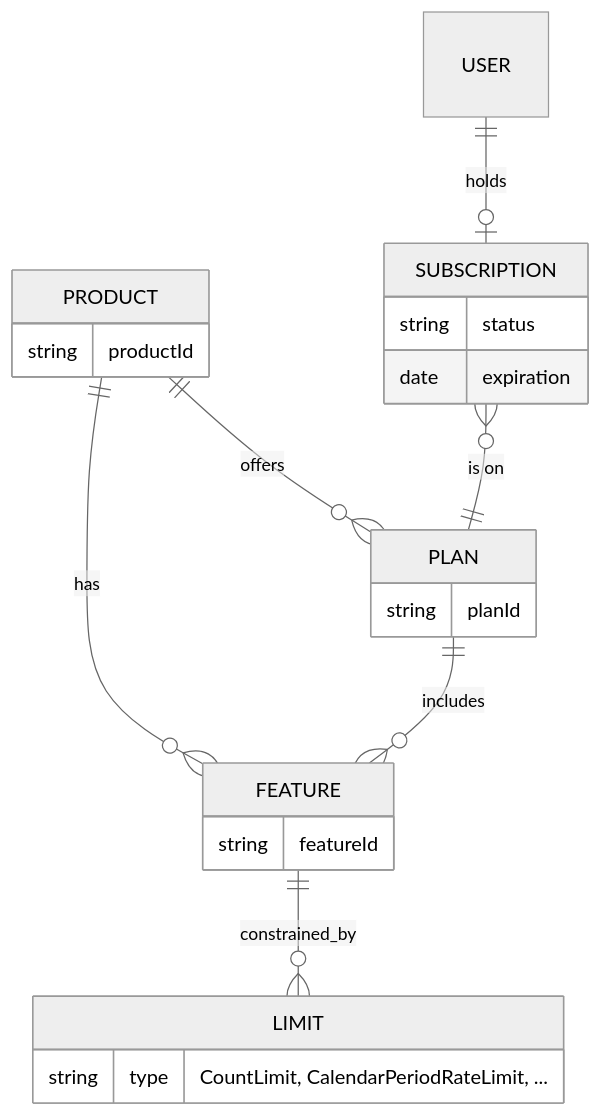
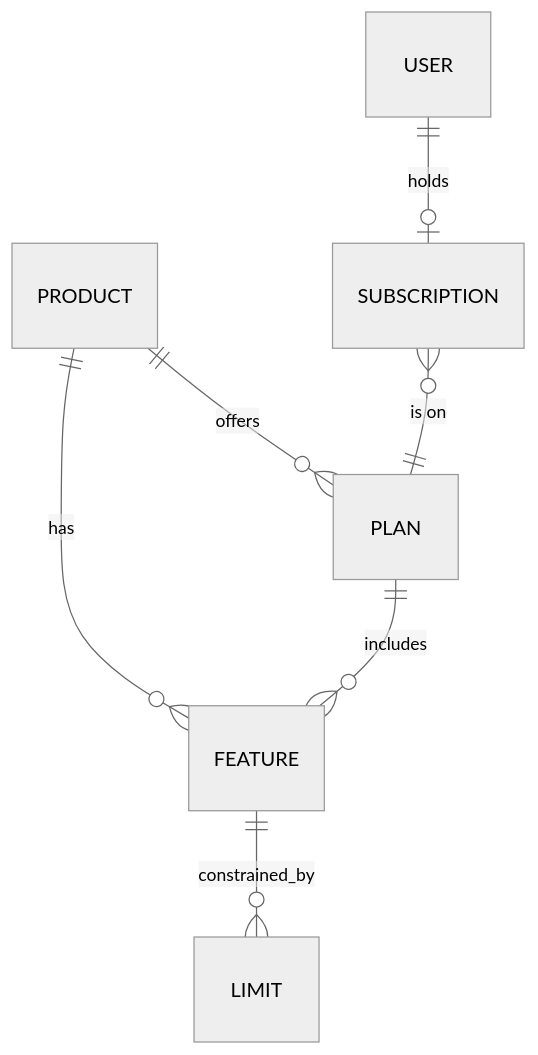
Before and after one commit to terpomo-io/pmitz: the second of 3 diagrams in USERGUIDE.md, drawn with Mermaid (neutral theme). The commit also changed other lines of this file, not shown here.

First line of the commit message:
Tighten Introduction and simplify data-model diagram

````diff
--- a/USERGUIDE.md
+++ b/USERGUIDE.md
@@ -44,26 +42,9 @@
 ```mermaid
 erDiagram
     PRODUCT ||--o{ FEATURE : has
     FEATURE ||--o{ LIMIT : constrained_by
     PRODUCT ||--o{ PLAN : offers
     PLAN ||--o{ FEATURE : includes
     SUBSCRIPTION }o--|| PLAN : "is on"
     USER ||--o| SUBSCRIPTION : holds
-
-    PRODUCT {
-        string productId
-    }
-    FEATURE {
-        string featureId
-    }
-    LIMIT {
-        string type "CountLimit, CalendarPeriodRateLimit, ..."
-    }
-    PLAN {
-        string planId
-    }
-    SUBSCRIPTION {
-        string status
-        date expiration
-    }
 ```
````
